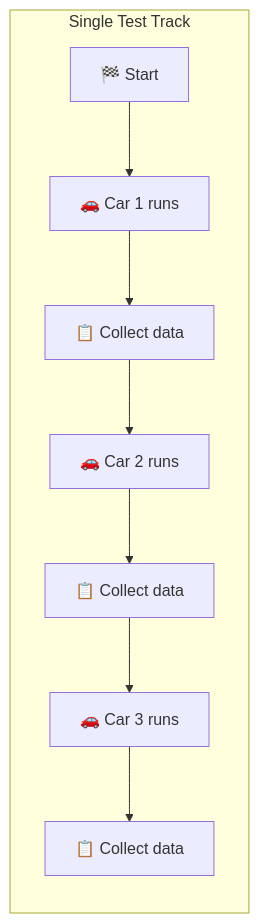
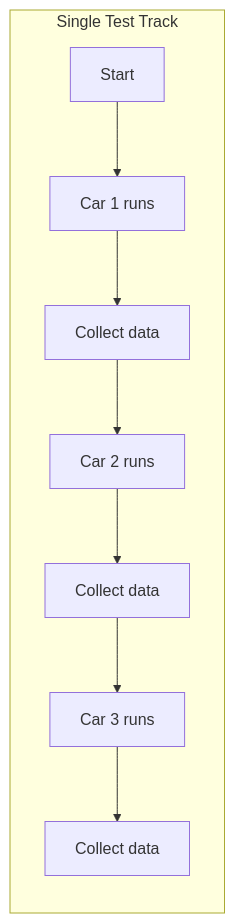
Before and after one commit to FransVanEk/Actus-Insurance.Documentation: the first of 8 diagrams in docs/hackathon/cpu-vs-gpu-explained.md, drawn with Mermaid. The commit also changed other lines of this file and 5 other files, not shown here.

Commit message:
Enhance Mermaid diagram styling and integrate global class definitions for consistent theming across diagrams

````diff
--- a/docs/hackathon/cpu-vs-gpu-explained.md
+++ b/docs/hackathon/cpu-vs-gpu-explained.md
@@ -39,8 +39,8 @@
 ```mermaid
 graph LR
     subgraph "Single Test Track"
-        S["🏁 Start"] --> C1["🚗 Car 1 runs"] --> D1["📋 Collect data"]
-        D1 --> C2["🚗 Car 2 runs"] --> D2["📋 Collect data"]
-        D2 --> C3["🚗 Car 3 runs"] --> D3["📋 Collect data"]
+        S["Start"] --> C1["Car 1 runs"] --> D1["Collect data"]
+        D1 --> C2["Car 2 runs"] --> D2["Collect data"]
+        D2 --> C3["Car 3 runs"] --> D3["Collect data"]
     end
 ```
````
